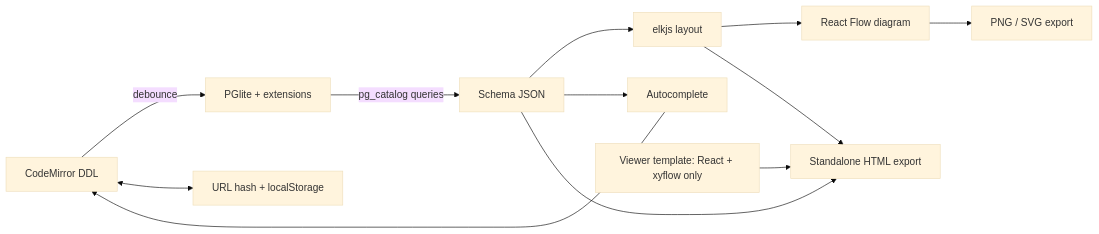
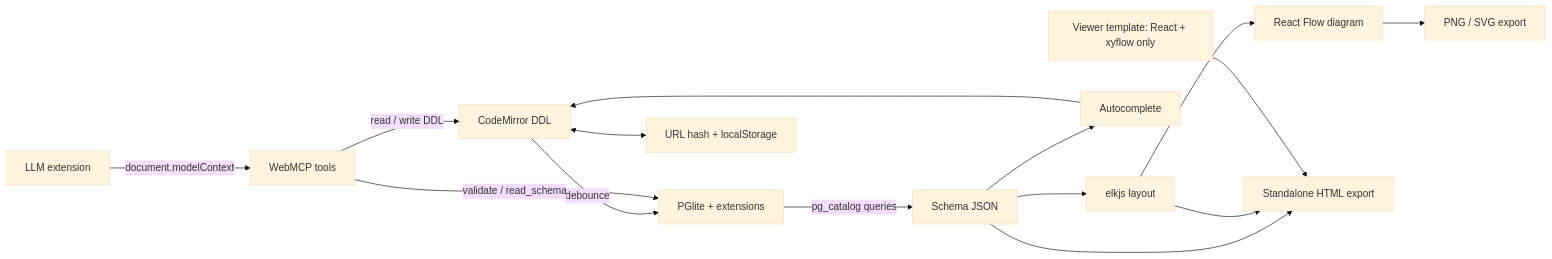
One commit to nickdeis/webmcp-pglite-erd-diagram changed the first of 2 diagrams in DESIGN.md. Above: the diagram before and after it, drawn with Mermaid (base theme). The commit also changed other lines of this file and 18 other files, not shown here.

First line of the commit message:
Add WebMCP tools so an LLM can edit the schema

````diff
--- a/DESIGN.md
+++ b/DESIGN.md
@@ -3,14 +3,17 @@
 ```mermaid
 flowchart LR
   Editor[CodeMirror DDL] -->|debounce| DB[PGlite + extensions]
   DB -->|pg_catalog queries| Schema[Schema JSON]
   Schema --> Layout[elkjs layout]
   Layout --> Diagram[React Flow diagram]
   Schema --> Complete[Autocomplete]
   Complete --> Editor
   Editor <--> Persist[URL hash + localStorage]
   Diagram --> Img[PNG / SVG export]
   Schema --> Standalone[Standalone HTML export]
   Layout --> Standalone
   Viewer[Viewer template: React + xyflow only] --> Standalone
+  Agent[LLM extension] -->|document.modelContext| Tools[WebMCP tools]
+  Tools -->|read / write DDL| Editor
+  Tools -->|validate / read_schema| DB
 ```
````
